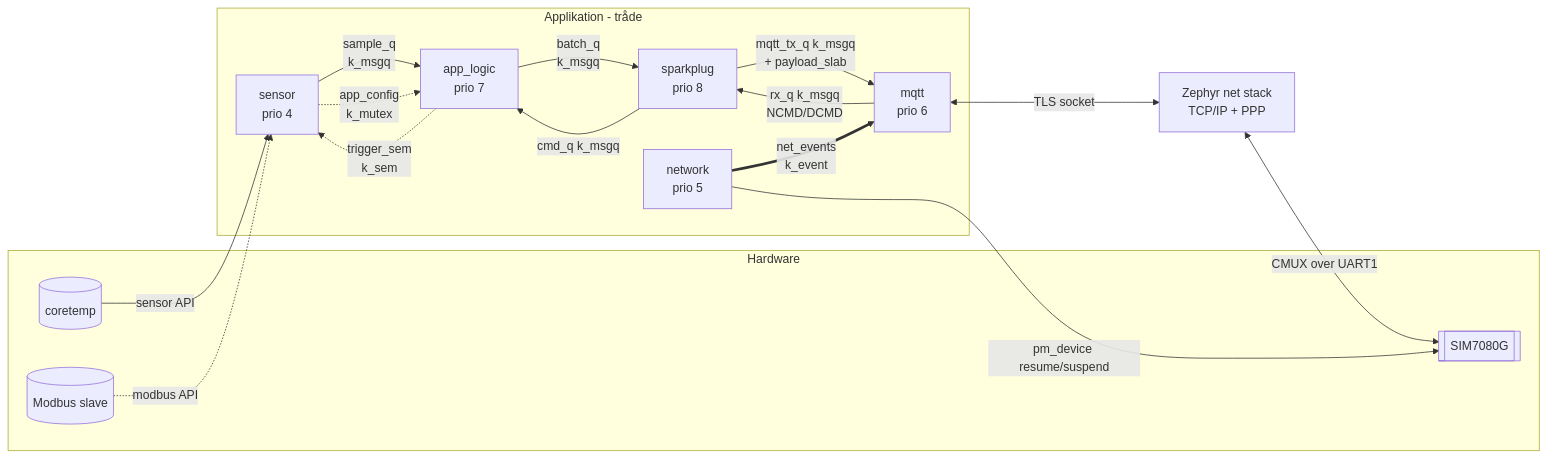
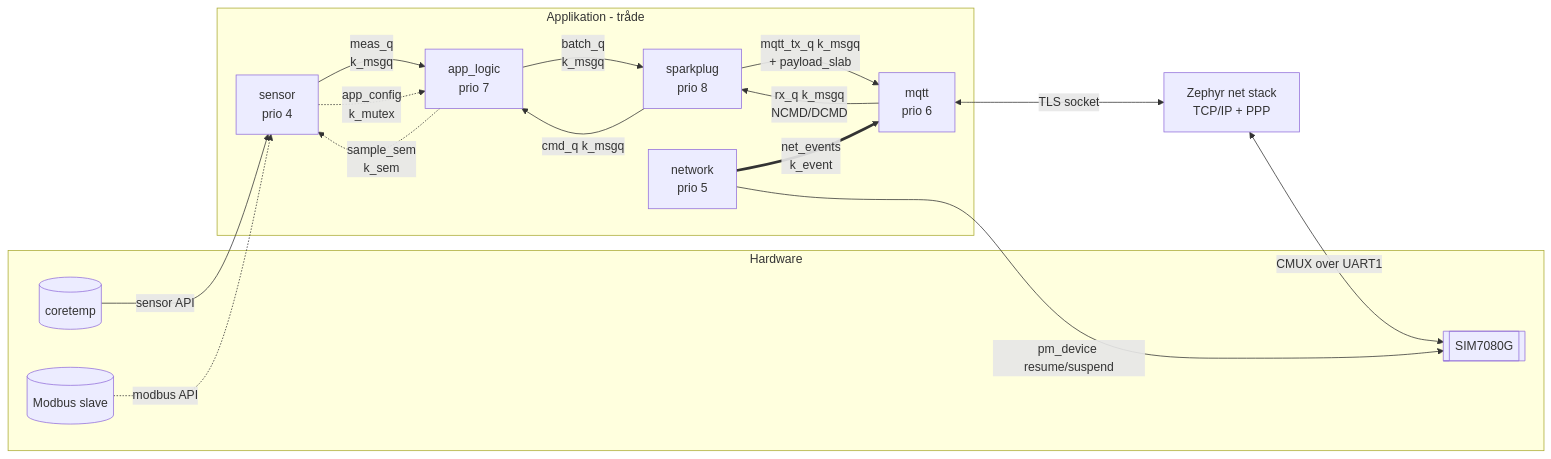
Before and after one commit to asni75488/Zephyr_A: the first of 5 diagrams in docs/02-arkitektur.md, drawn with Mermaid. The commit also changed other lines of this file and 2 other files, not shown here.

````diff
--- a/docs/02-arkitektur.md
+++ b/docs/02-arkitektur.md
@@ -198,30 +208,30 @@
 ```mermaid
 flowchart LR
     subgraph HW[Hardware]
         TEMP[(coretemp)]
         MB[(Modbus slave)]
         MODEM[[SIM7080G]]
     end
 
     subgraph APP[Applikation - tråde]
         S[sensor<br/>prio 4]
         L[app_logic<br/>prio 7]
         P[sparkplug<br/>prio 8]
         M[mqtt<br/>prio 6]
         N[network<br/>prio 5]
     end
 
     TEMP -->|sensor API| S
     MB -.->|modbus API| S
-    S -->|sample_q<br/>k_msgq| L
+    S -->|meas_q<br/>k_msgq| L
     L -->|batch_q<br/>k_msgq| P
     P -->|mqtt_tx_q k_msgq<br/>+ payload_slab| M
     M -->|rx_q k_msgq<br/>NCMD/DCMD| P
     P -->|cmd_q k_msgq| L
-    L -.->|trigger_sem<br/>k_sem| S
+    L -.->|sample_sem<br/>k_sem| S
     S -.->|app_config<br/>k_mutex| L
     N ==>|net_events<br/>k_event| M
     M <-->|TLS socket| NET[Zephyr net stack<br/>TCP/IP + PPP]
     NET <--> |CMUX over UART1| MODEM
     N -->|pm_device resume/suspend| MODEM
 ```
````
